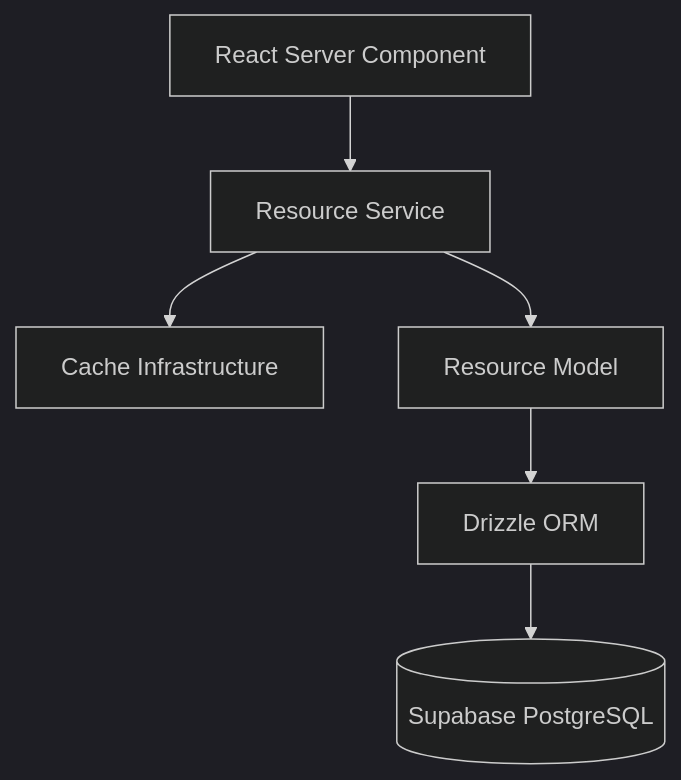
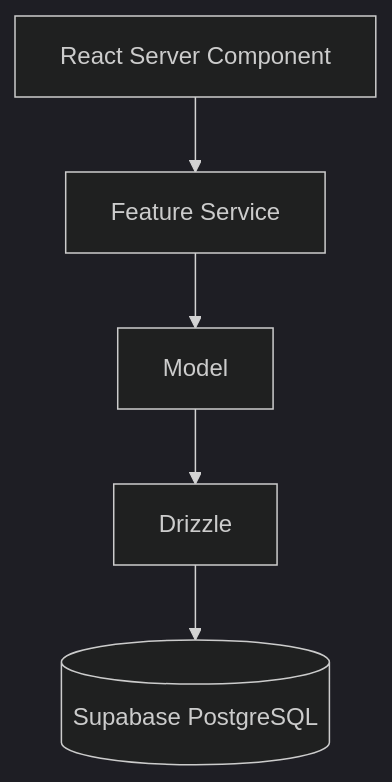
Before and after one commit to shashankmishrra/scalable-hono-vercel-api: the second of 3 diagrams in docs/implementation-roadmap.md, drawn with Mermaid (dark theme). The commit also changed other lines of this file, not shown here.

First line of the commit message:
📝 docs(roadmap): align implementation plan with architecture v2

````diff
--- a/docs/implementation-roadmap.md
+++ b/docs/implementation-roadmap.md
@@ -257,8 +274,7 @@
-``` mermaid
+```mermaid
 flowchart TD
-    Page[React Server Component] --> Service[Resource Service]
-    Service --> Cache[Cache Infrastructure]
-    Service --> Model[Resource Model]
-    Model --> Drizzle[Drizzle ORM]
+    Page[React Server Component] --> Service[Feature Service]
+    Service --> Model[Model]
+    Model --> Drizzle[Drizzle]
     Drizzle --> DB[(Supabase PostgreSQL)]
 ```
````
